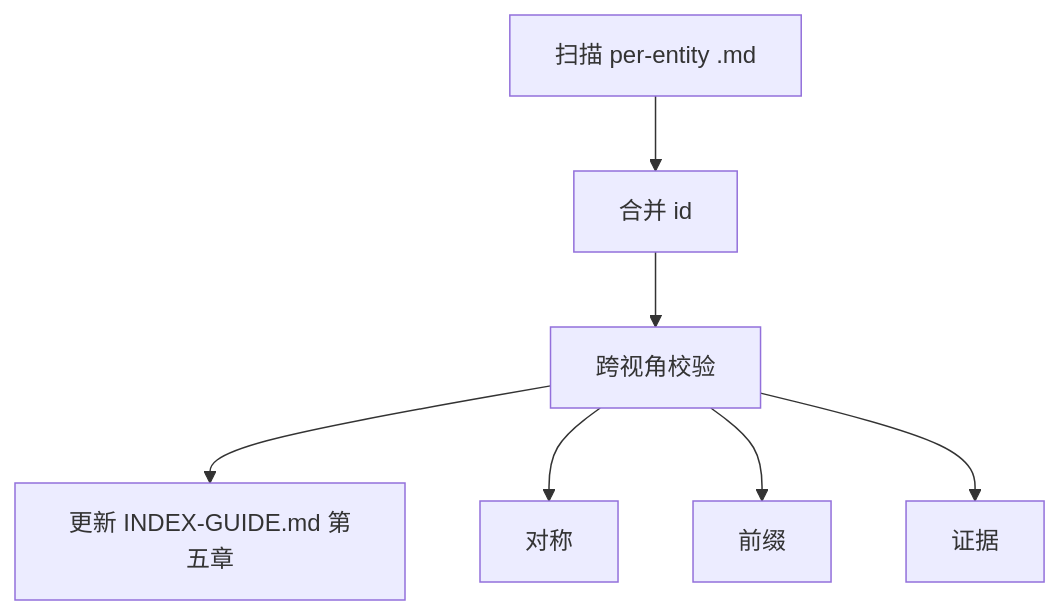
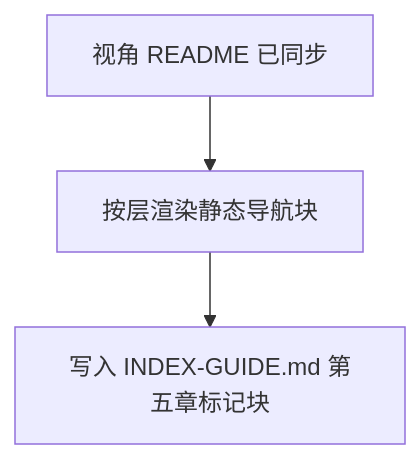
Before and after one commit to oleewen/ai-knowledge: the diagram in agent/skills/docs-build/references/consolidation-spec.md, drawn with Mermaid. The commit also changed other lines of this file and 11 other files, not shown here.

First line of the commit message:
refactor(docs-build): INDEX-GUIDE 第五章改为视角导航块

````diff
--- a/agent/skills/docs-build/references/consolidation-spec.md
+++ b/agent/skills/docs-build/references/consolidation-spec.md
@@ -7,9 +7,5 @@
 ```mermaid
 graph TD
-    A[扫描 per-entity .md] --> B[合并 id]
-    B --> C[跨视角校验]
-    C --> D[更新 INDEX-GUIDE.md 第五章]
-    C --> C1[对称]
-    C --> C2[前缀]
-    C --> C3[证据]
+    A[视角 README 已同步] --> B[按层渲染静态导航块]
+    B --> C[写入 INDEX-GUIDE.md 第五章标记块]
 ```
````
